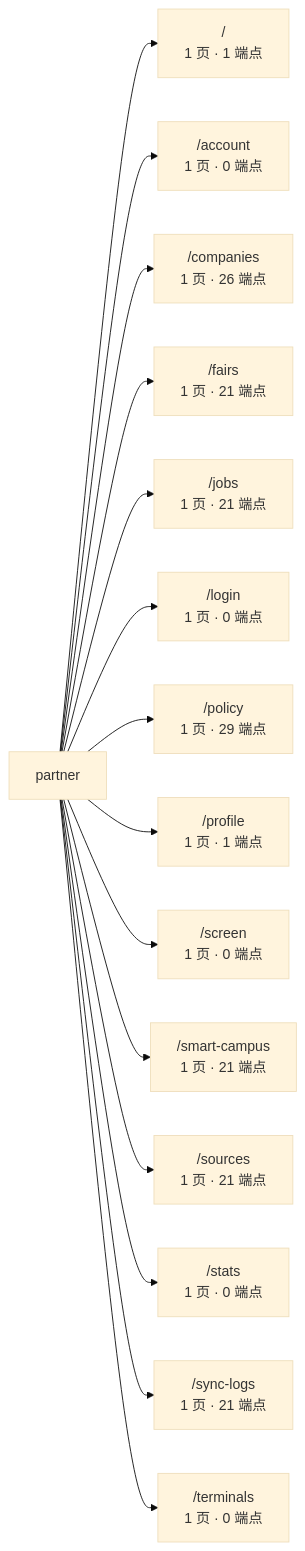
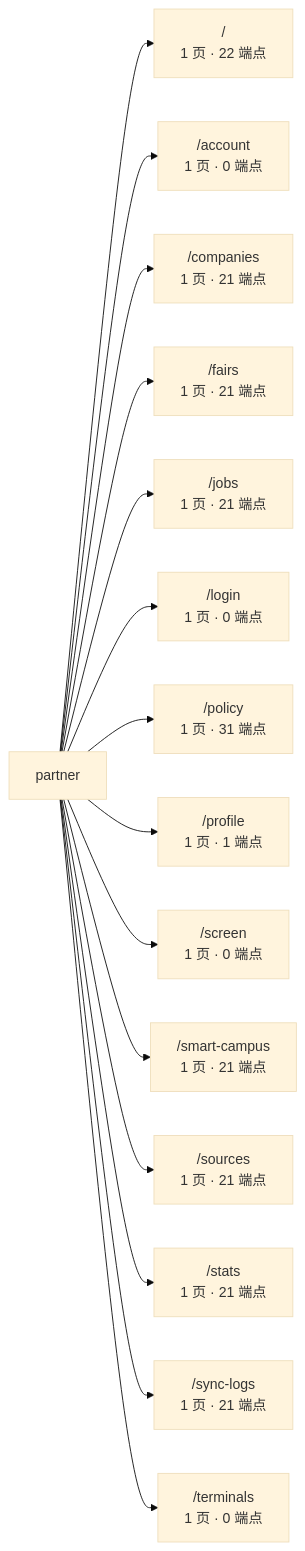
The third of 3 diagrams in docs/graph/routes.md (wanglei581/YITIJI), drawn with Mermaid (base theme) before and after one commit. The commit also changed other lines of this file and 5 other files, not shown here.

First line of the commit message:
docs: record 3.13 console pages and refresh the project graph

````diff
--- a/docs/graph/routes.md
+++ b/docs/graph/routes.md
@@ -425,18 +427,18 @@
 ```mermaid
 flowchart LR
   app["partner"]
-  app --> _root_["/<br/>1 页 · 1 端点"]
+  app --> _root_["/<br/>1 页 · 22 端点"]
   app --> account["/account<br/>1 页 · 0 端点"]
-  app --> companies["/companies<br/>1 页 · 26 端点"]
+  app --> companies["/companies<br/>1 页 · 21 端点"]
   app --> fairs["/fairs<br/>1 页 · 21 端点"]
   app --> jobs["/jobs<br/>1 页 · 21 端点"]
   app --> login["/login<br/>1 页 · 0 端点"]
-  app --> policy["/policy<br/>1 页 · 29 端点"]
+  app --> policy["/policy<br/>1 页 · 31 端点"]
   app --> profile["/profile<br/>1 页 · 1 端点"]
   app --> screen["/screen<br/>1 页 · 0 端点"]
   app --> smart_campus["/smart-campus<br/>1 页 · 21 端点"]
   app --> sources["/sources<br/>1 页 · 21 端点"]
-  app --> stats["/stats<br/>1 页 · 0 端点"]
+  app --> stats["/stats<br/>1 页 · 21 端点"]
   app --> sync_logs["/sync-logs<br/>1 页 · 21 端点"]
   app --> terminals["/terminals<br/>1 页 · 0 端点"]
 ```
````
